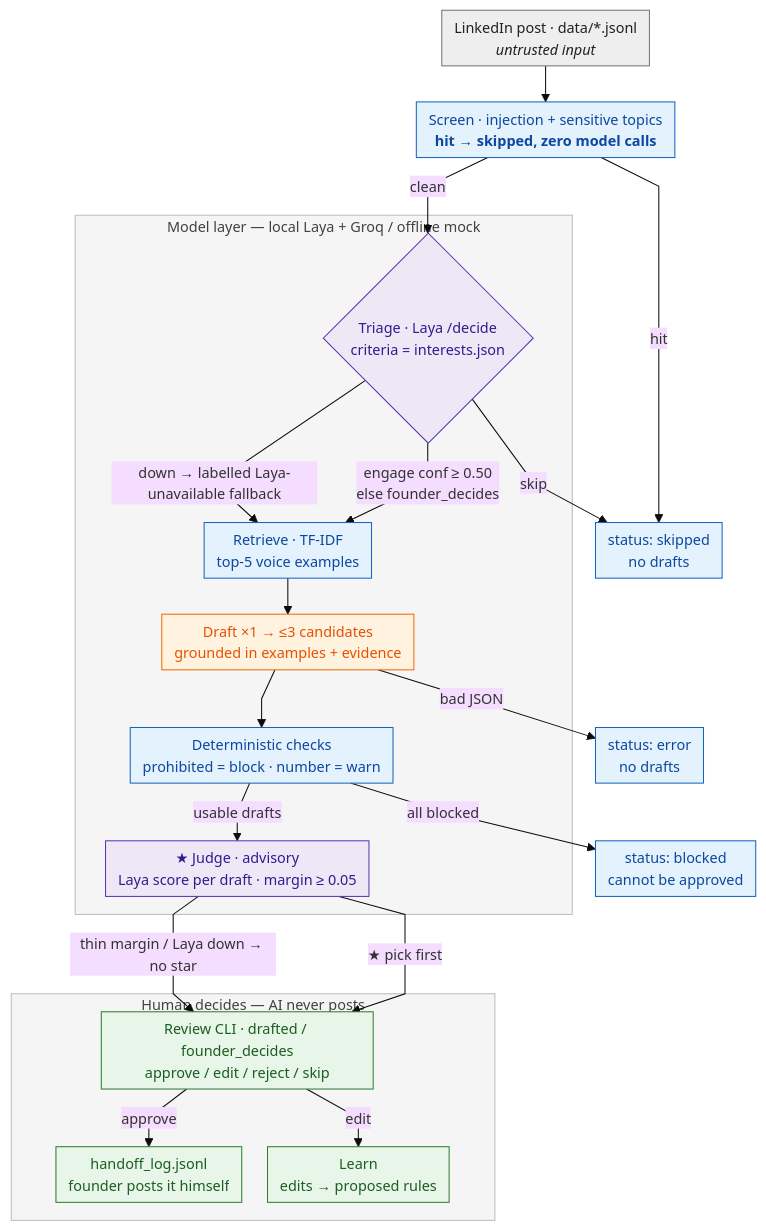
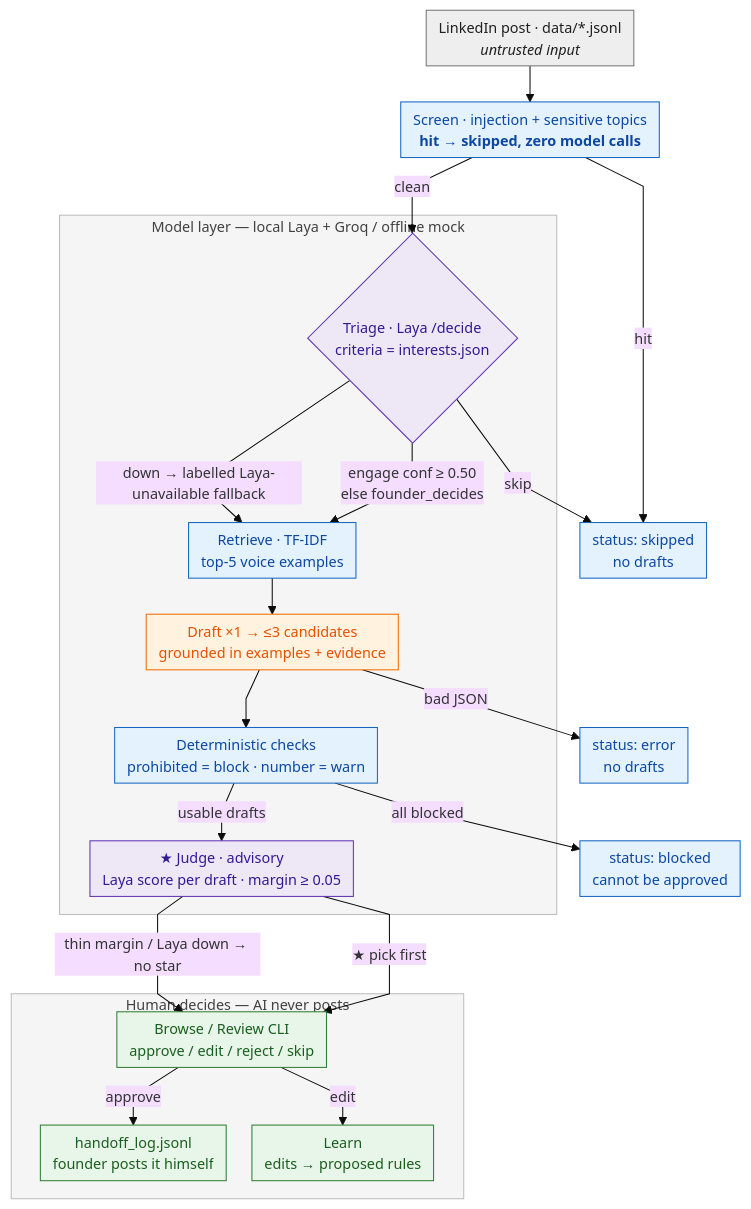
Before and after one commit to Pranshu23x/byro-challenge: the diagram in README.md, drawn with Mermaid. The commit also changed other lines of this file, not shown here.

````diff
--- a/README.md
+++ b/README.md
@@ -137,49 +251,49 @@
 ```mermaid
 %%{init: {"theme":"base", "themeVariables": {"fontSize":"14px"}, "flowchart": {"curve": "linear", "nodeSpacing":25, "rankSpacing":35, "padding":6, "wrappingWidth": 240}}}%%
 flowchart TD
     P["LinkedIn post · data/*.jsonl<br/><em>untrusted input</em>"]:::untrusted
 
     S["Screen · injection + sensitive topics<br/><b>hit → skipped, zero model calls</b>"]:::det
 
     subgraph MODELS["Model layer — local Laya + Groq / offline mock"]
         T{"Triage · Laya /decide<br/>criteria = interests.json"}:::laya
         RT["Retrieve · TF-IDF<br/>top-5 voice examples"]:::det
         DR["Draft ×1 → ≤3 candidates<br/>grounded in examples + evidence"]:::model
         CH["Deterministic checks<br/>prohibited = block · number = warn"]:::det
         JD["★ Judge · advisory<br/>Laya score per draft · margin ≥ 0.05"]:::laya
     end
 
     subgraph HUMAN["Human decides — AI never posts"]
-        RV["Review CLI · drafted / founder_decides<br/>approve / edit / reject / skip"]:::human
+        RV["Browse / Review CLI<br/>approve / edit / reject / skip"]:::human
         HO["handoff_log.jsonl<br/>founder posts it himself"]:::human
         LN["Learn<br/>edits → proposed rules"]:::human
     end
 
     SK["status: skipped<br/>no drafts"]:::det
     ER["status: error<br/>no drafts"]:::det
     BK["status: blocked<br/>cannot be approved"]:::det
 
     P --> S
     S -->|"clean"| T
     S -->|"hit"| SK
     T -->|"skip"| SK
     T -->|"down → labelled Laya-unavailable fallback"| RT
     T -->|"engage conf ≥ 0.50<br/>else founder_decides"| RT
     RT --> DR
     DR -->|"bad JSON"| ER
     DR --> CH
     CH -->|"all blocked"| BK
     CH -->|"usable drafts"| JD
     JD -->|"thin margin / Laya down → no star"| RV
     JD -->|"★ pick first"| RV
     RV -->|"approve"| HO
     RV -->|"edit"| LN
 
     classDef untrusted fill:#eeeeee,stroke:#757575,color:#212121
     classDef det fill:#e3f2fd,stroke:#1565c0,color:#0d47a1
     classDef laya fill:#ede7f6,stroke:#5e35b1,color:#311b92
     classDef model fill:#fff3e0,stroke:#ef6c00,color:#e65100
     classDef human fill:#e8f5e9,stroke:#2e7d32,color:#1b5e20
     style MODELS fill:#f5f5f5,stroke:#bdbdbd,color:#424242
     style HUMAN fill:#f5f5f5,stroke:#bdbdbd,color:#424242
 ```
````
